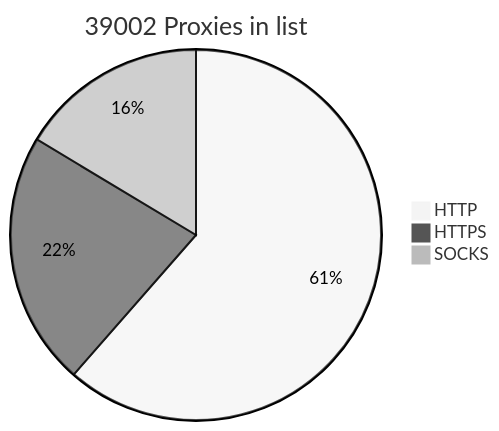
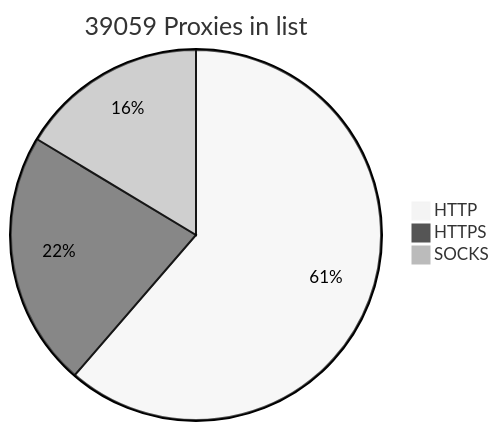
The diagram in README.md (BlackSnowDot/proxylist-update-every-minute), drawn with Mermaid (neutral theme) before and after one commit.

````diff
--- a/README.md
+++ b/README.md
@@ -2,6 +2,6 @@
 ```mermaid
-pie title 39002 Proxies in list
-    "HTTP" : 28190
-    "HTTPS": 10166
-    "SOCKS" : 7519
+pie title 39059 Proxies in list
+    "HTTP" : 28192
+    "HTTPS": 10237
+    "SOCKS" : 7520
 ```
````
